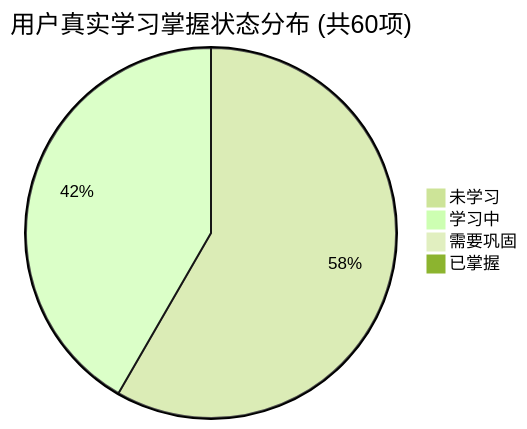
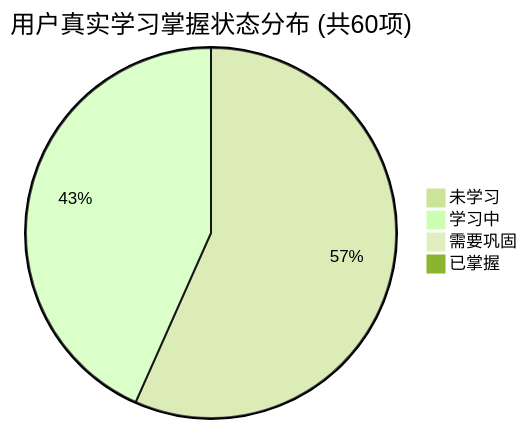
Before and after one commit to tieke1121/tech-interview-knowledge-base: the first of 2 diagrams in PROGRESS.md, drawn with Mermaid (forest theme). The commit also changed other lines of this file and 1 other file, not shown here.

````diff
--- a/PROGRESS.md
+++ b/PROGRESS.md
@@ -27,7 +27,7 @@
 ```mermaid
 pie title 用户真实学习掌握状态分布 (共60项)
-    "未学习" : 35
-    "学习中" : 25
+    "未学习" : 34
+    "学习中" : 26
     "需要巩固" : 0
     "已掌握" : 0
 ```
````
